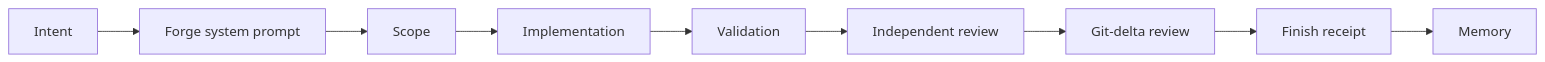
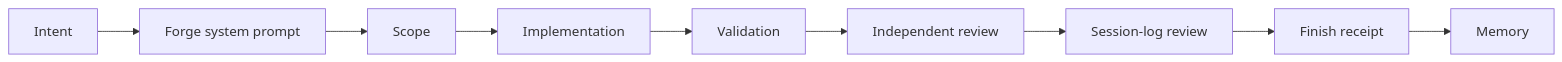
The diagram in docs/WHY_FORGE.md (ShehabYahya/forge), drawn with Mermaid before and after one commit. The commit also changed 4 other files, not shown here.

Commit message:
docs: fix stale Git-delta terminology, update changelog for first release

````diff
--- a/docs/WHY_FORGE.md
+++ b/docs/WHY_FORGE.md
@@ -12,11 +12,11 @@
 ```mermaid
 flowchart LR
     A[Intent] --> B[Forge system prompt]
     B --> C[Scope]
     C --> D[Implementation]
     D --> E[Validation]
     E --> F[Independent review]
-    F --> G[Git-delta review]
+    F --> G[Session-log review]
     G --> H[Finish receipt]
     H --> I[Memory]
 ```
````
